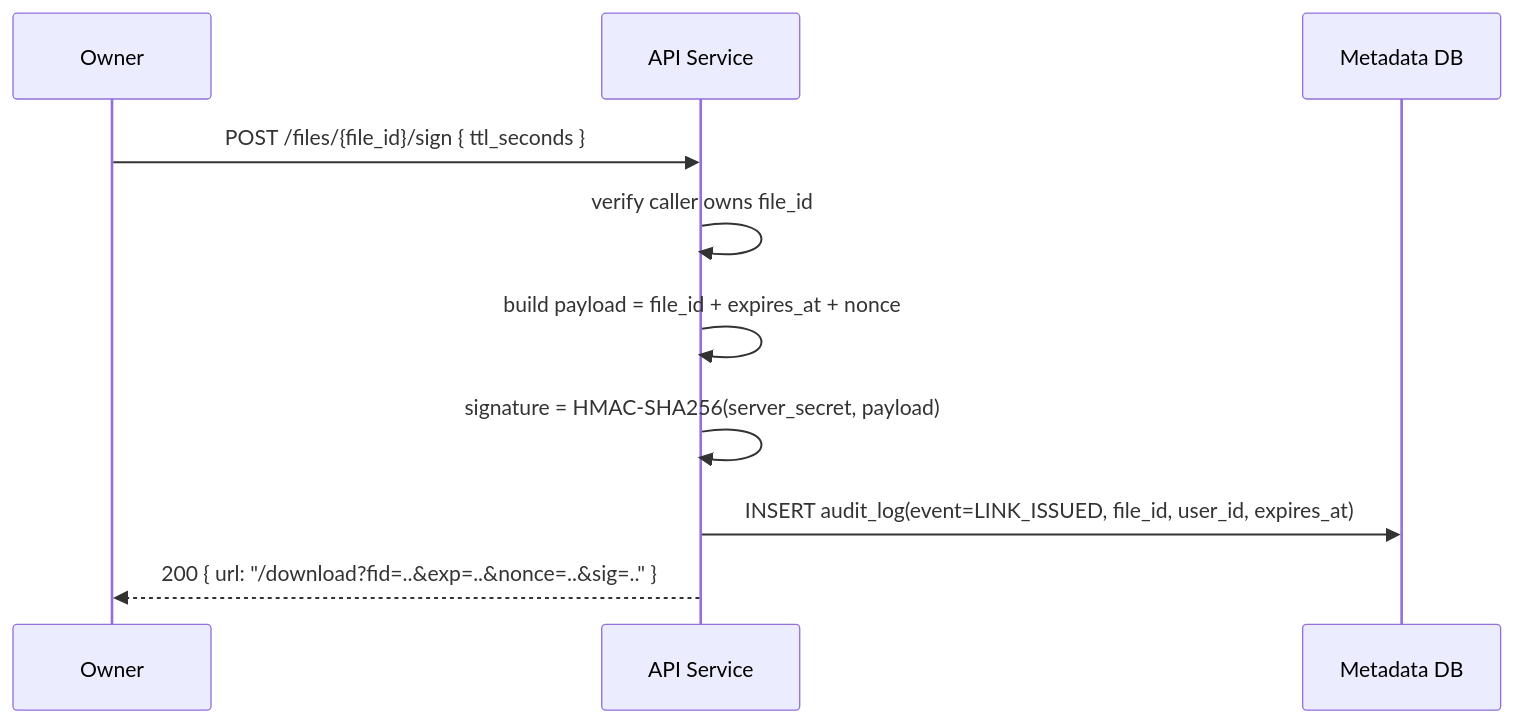
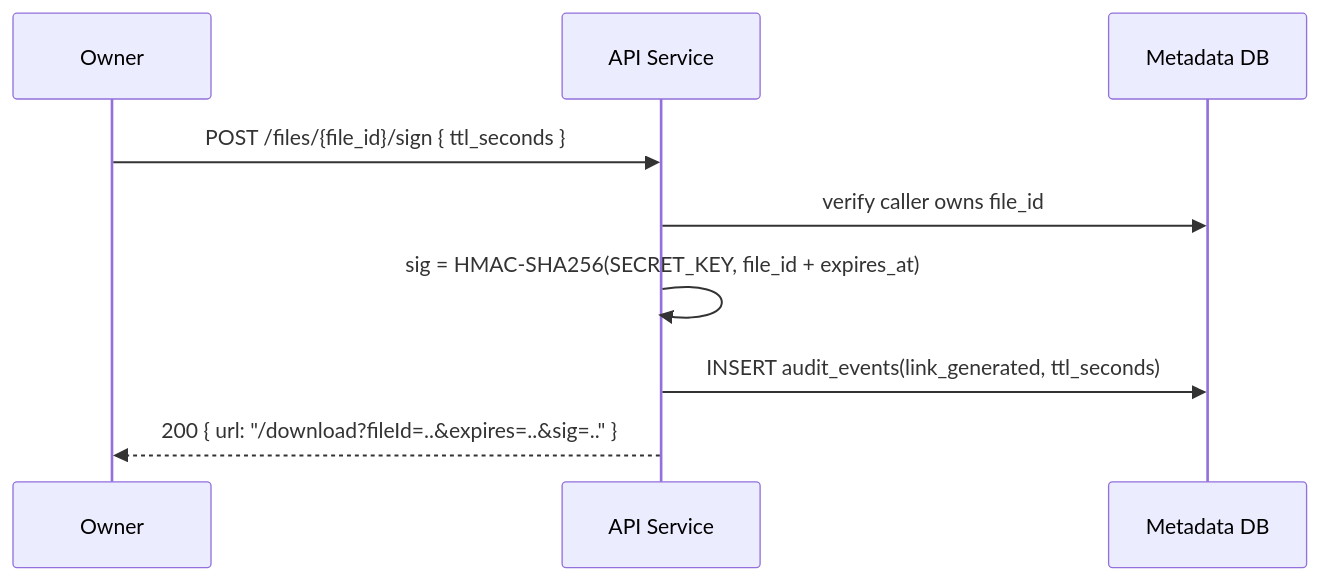
The third of 4 diagrams in docs/DESIGN.md (vikram0230/secure-file-system), drawn with Mermaid before and after one commit. The commit also changed other lines of this file, not shown here.

Commit message:
Revise system design document to clarify goals, scope, and architecture for distributed secure file sharing service with erasure-coded redundancy

````diff
--- a/docs/DESIGN.md
+++ b/docs/DESIGN.md
@@ -96,13 +119,12 @@
 ```mermaid
 sequenceDiagram
     participant U as Owner
     participant API as API Service
     participant DB as Metadata DB
 
     U->>API: POST /files/{file_id}/sign { ttl_seconds }
-    API->>API: verify caller owns file_id
-    API->>API: build payload = file_id + expires_at + nonce
-    API->>API: signature = HMAC-SHA256(server_secret, payload)
-    API->>DB: INSERT audit_log(event=LINK_ISSUED, file_id, user_id, expires_at)
-    API-->>U: 200 { url: "/download?fid=..&exp=..&nonce=..&sig=.." }
+    API->>DB: verify caller owns file_id
+    API->>API: sig = HMAC-SHA256(SECRET_KEY, file_id + expires_at)
+    API->>DB: INSERT audit_events(link_generated, ttl_seconds)
+    API-->>U: 200 { url: "/download?fileId=..&expires=..&sig=.." }
 ```
````
